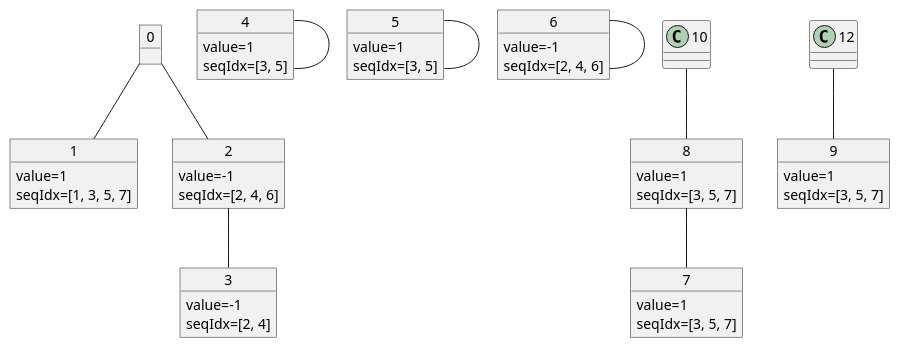
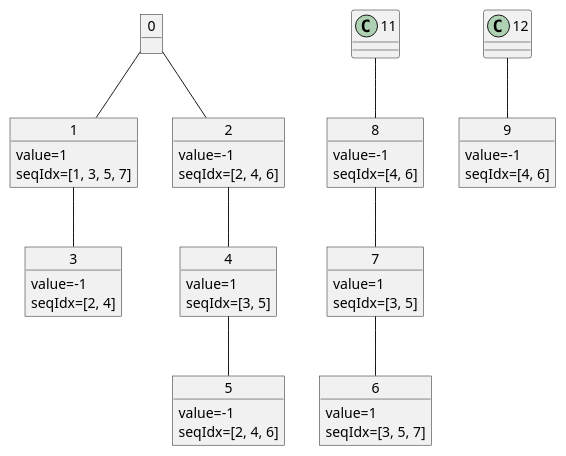
Before and after one commit to ttekesuke/MelodyToLOUDS-Trie: the diagram in tree.puml, drawn with PlantUML. The commit also changed 1 other file, not shown here.

```diff
--- a/tree.puml
+++ b/tree.puml
@@ -2,39 +2,39 @@
 @startuml tree_diagram
 object 0
 object 1
 1 : value=1
 1 : seqIdx=[1, 3, 5, 7]
 object 2
 2 : value=-1
 2 : seqIdx=[2, 4, 6]
 object 3
 3 : value=-1
 3 : seqIdx=[2, 4]
 object 4
 4 : value=1
 4 : seqIdx=[3, 5]
 object 5
-5 : value=1
-5 : seqIdx=[3, 5]
+5 : value=-1
+5 : seqIdx=[2, 4, 6]
 object 6
-6 : value=-1
-6 : seqIdx=[2, 4, 6]
+6 : value=1
+6 : seqIdx=[3, 5, 7]
 object 7
 7 : value=1
-7 : seqIdx=[3, 5, 7]
+7 : seqIdx=[3, 5]
 object 8
-8 : value=1
-8 : seqIdx=[3, 5, 7]
+8 : value=-1
+8 : seqIdx=[4, 6]
 object 9
-9 : value=1
-9 : seqIdx=[3, 5, 7]
+9 : value=-1
+9 : seqIdx=[4, 6]
 0--1
 0--2
-2--3
-4--4
-5--5
-6--6
+1--3
+2--4
+4--5
+7--6
 8--7
-10--8
+11--8
 12--9
 @enduml
```
